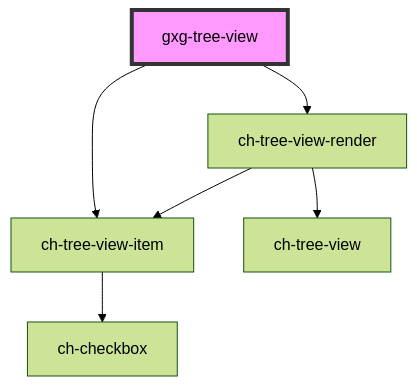
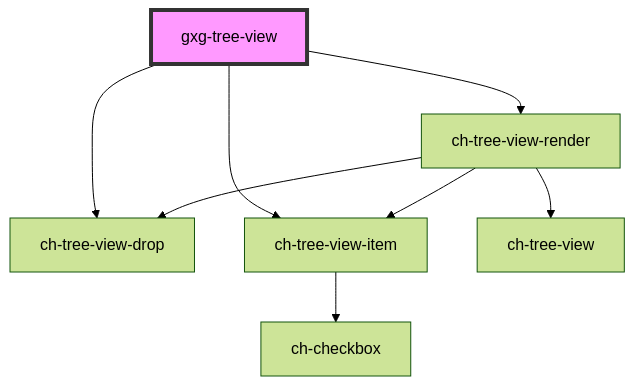
One commit to genexuslabs/gemini changed the diagram in src/components/tree-view/readme.md. Above: the diagram before and after it, drawn with Mermaid (forest theme). The commit also changed other lines of this file, not shown here.

````diff
--- a/src/components/tree-view/readme.md
+++ b/src/components/tree-view/readme.md
@@ -212,9 +216,11 @@
 ```mermaid
 graph TD;
   gxg-tree-view --> ch-tree-view-render
+  gxg-tree-view --> ch-tree-view-drop
   gxg-tree-view --> ch-tree-view-item
   ch-tree-view-render --> ch-tree-view
+  ch-tree-view-render --> ch-tree-view-drop
   ch-tree-view-render --> ch-tree-view-item
   ch-tree-view-item --> ch-checkbox
   style gxg-tree-view fill:#f9f,stroke:#333,stroke-width:4px
 ```
````
